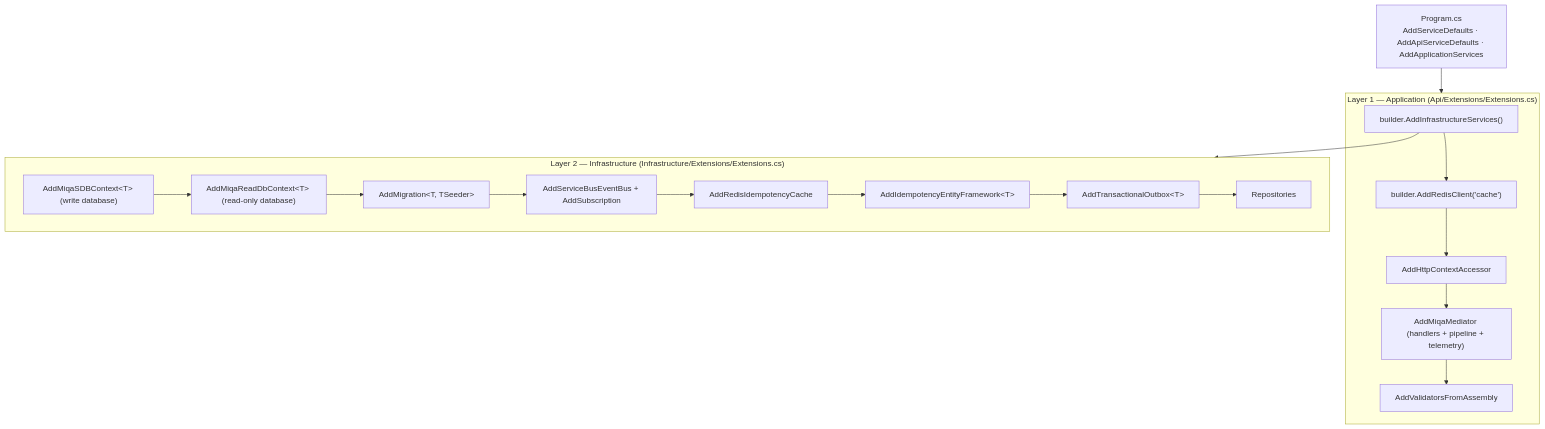
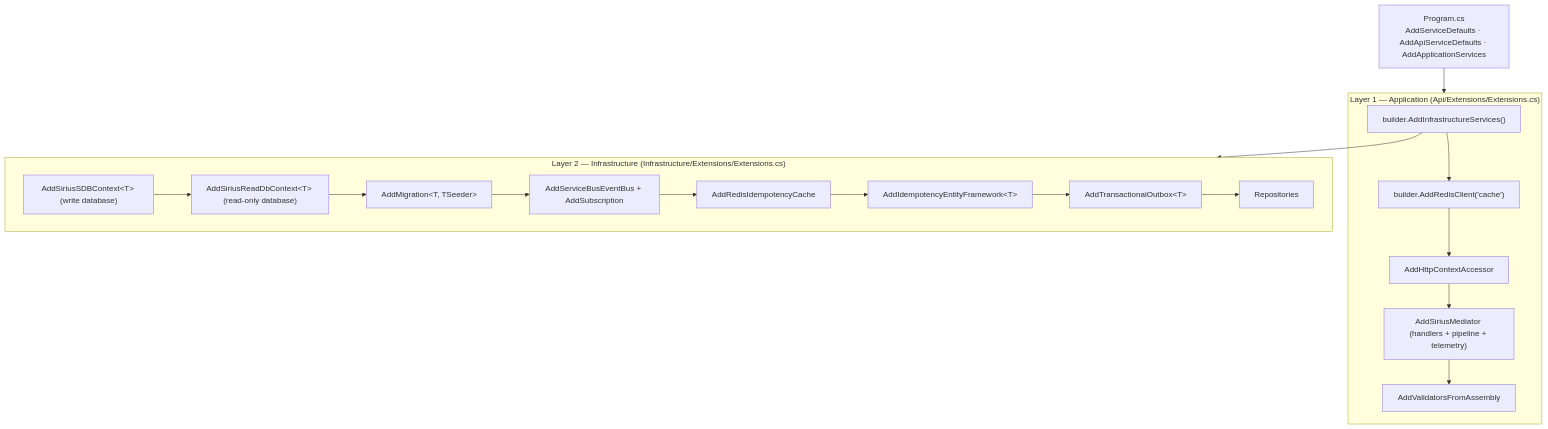
The first of 2 diagrams in docs/developer-guide/01-service-configuration.md (miquelalcaraz/Labs.ServicePlatform), drawn with Mermaid before and after one commit. The commit also changed other lines of this file and 1114 other files, not shown here.

Commit message:
refactor: rename namespaces from Miqa to Sirius

````diff
--- a/docs/developer-guide/01-service-configuration.md
+++ b/docs/developer-guide/01-service-configuration.md
@@ -13,28 +13,28 @@
 ```mermaid
 flowchart TB
     P["Program.cs<br/>AddServiceDefaults · AddApiServiceDefaults · AddApplicationServices"]
 
     subgraph L1["Layer 1 — Application (Api/Extensions/Extensions.cs)"]
         A1["builder.AddInfrastructureServices()"]
         A2["builder.AddRedisClient('cache')"]
         A3["AddHttpContextAccessor"]
-        A4["AddMiqaMediator (handlers + pipeline + telemetry)"]
+        A4["AddSiriusMediator (handlers + pipeline + telemetry)"]
         A5["AddValidatorsFromAssembly"]
         A1 --> A2 --> A3 --> A4 --> A5
     end
 
     subgraph L2["Layer 2 — Infrastructure (Infrastructure/Extensions/Extensions.cs)"]
-        B1["AddMiqaSDBContext#lt;T#gt; (write database)"]
-        B2["AddMiqaReadDbContext#lt;T#gt; (read-only database)"]
+        B1["AddSiriusSDBContext#lt;T#gt; (write database)"]
+        B2["AddSiriusReadDbContext#lt;T#gt; (read-only database)"]
         B3["AddMigration#lt;T, TSeeder#gt;"]
         B4["AddServiceBusEventBus + AddSubscription"]
         B5["AddRedisIdempotencyCache"]
         B6["AddIdempotencyEntityFramework#lt;T#gt;"]
         B7["AddTransactionalOutbox#lt;T#gt;"]
         B8["Repositories"]
         B1 --> B2 --> B3 --> B4 --> B5 --> B6 --> B7 --> B8
     end
 
     P --> L1
     A1 --> L2
 ```
````
